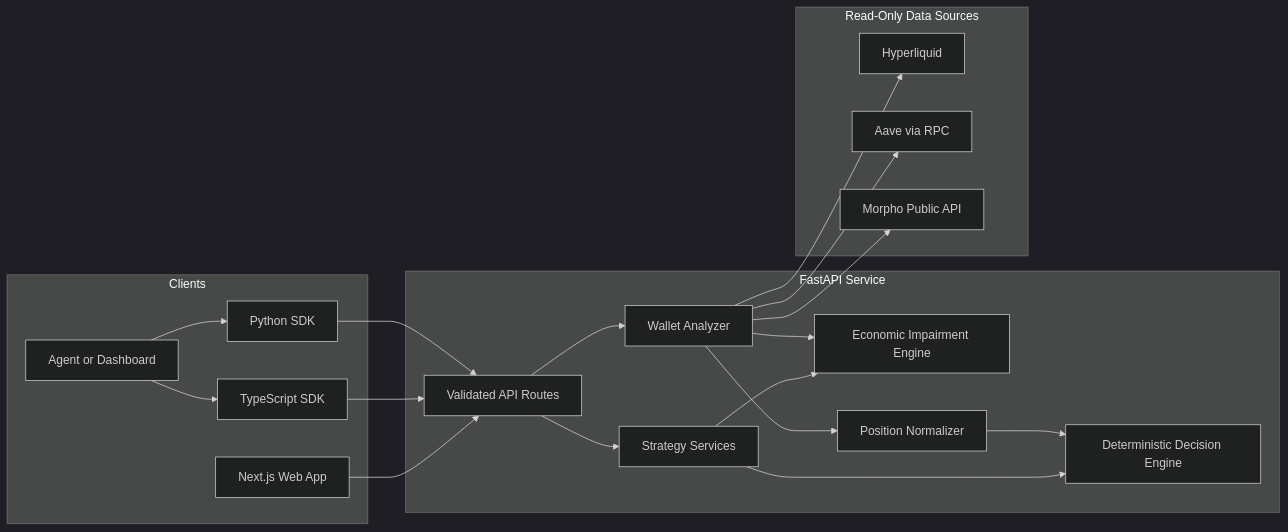
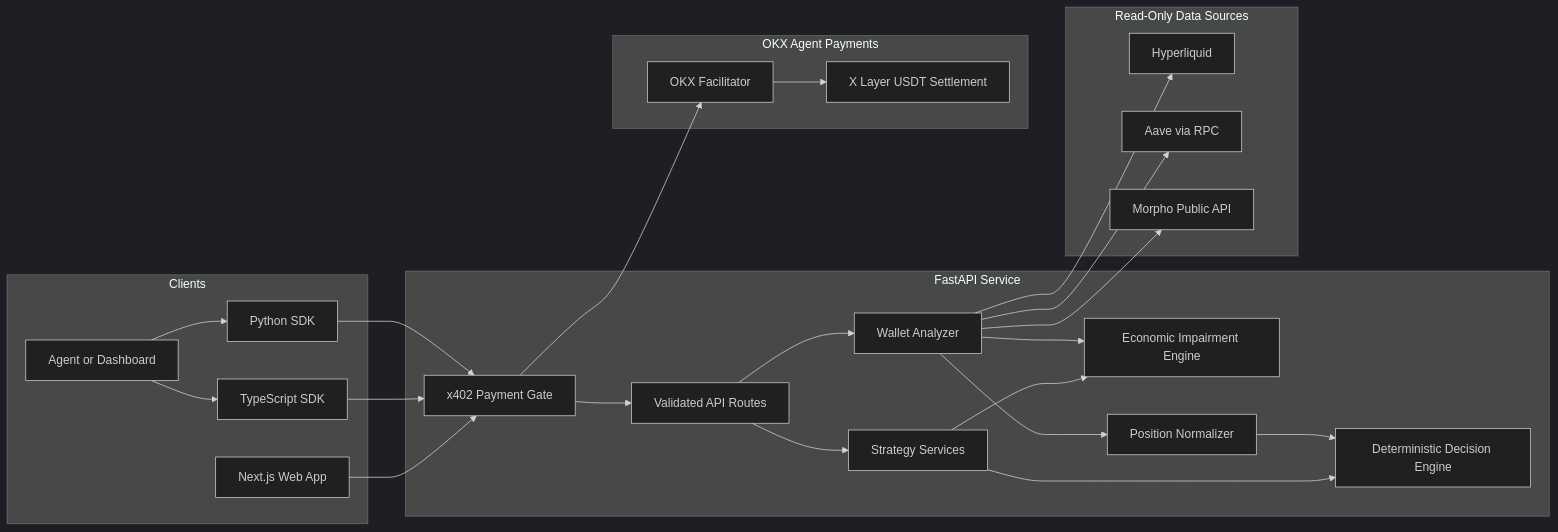
One commit to Teecash96/DeltaZero changed the diagram in README.md. Above: the diagram before and after it, drawn with Mermaid (dark theme). The commit also changed other lines of this file and 4 other files, not shown here.

````diff
--- a/README.md
+++ b/README.md
@@ -134,40 +135,49 @@
 ```mermaid
 flowchart LR
     subgraph Clients
         WEB[Next.js Web App]
         TS[TypeScript SDK]
         PY[Python SDK]
         AGENT[Agent or Dashboard]
     end
 
     subgraph API[FastAPI Service]
+        PAYMENT[x402 Payment Gate]
         ROUTES[Validated API Routes]
         STRATEGY[Strategy Services]
         DECISION[Deterministic Decision Engine]
         IMPAIRMENT[Economic Impairment Engine]
         WALLET[Wallet Analyzer]
         NORMALIZER[Position Normalizer]
     end
 
     subgraph Sources[Read-Only Data Sources]
         HL[Hyperliquid]
         AAVE[Aave via RPC]
         MORPHO[Morpho Public API]
     end
 
-    WEB --> ROUTES
-    TS --> ROUTES
-    PY --> ROUTES
+    subgraph Payments[OKX Agent Payments]
+        FACILITATOR[OKX Facilitator]
+        XLAYER[X Layer USDT Settlement]
+    end
+
+    WEB --> PAYMENT
+    TS --> PAYMENT
+    PY --> PAYMENT
     AGENT --> TS
     AGENT --> PY
+    PAYMENT --> ROUTES
+    PAYMENT --> FACILITATOR
+    FACILITATOR --> XLAYER
     ROUTES --> STRATEGY
     ROUTES --> WALLET
     STRATEGY --> DECISION
     STRATEGY --> IMPAIRMENT
     WALLET --> NORMALIZER
     NORMALIZER --> DECISION
     WALLET --> IMPAIRMENT
     WALLET --> HL
     WALLET --> AAVE
     WALLET --> MORPHO
 ```
````
